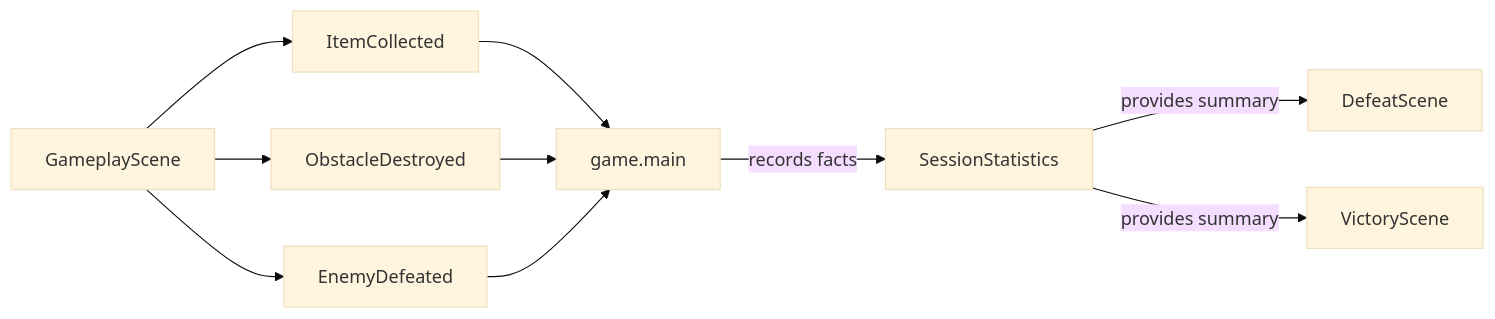
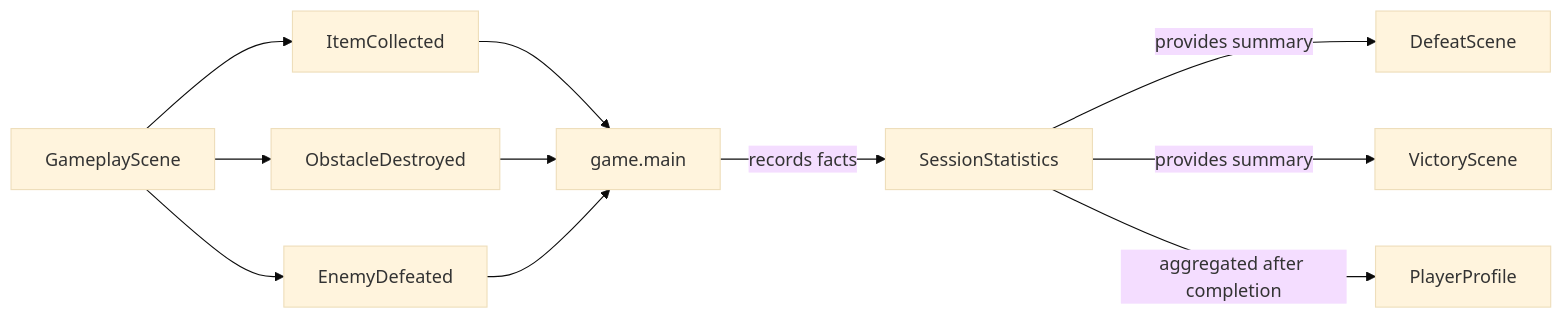
The diagram in docs/architecture/statistics.md (VincentMardon/my_first_adventure_game), drawn with Mermaid (base theme) before and after one commit. The commit also changed other lines of this file and 21 other files, not shown here.

Commit message:
feat(profile): persist player statistics across sessions

````diff
--- a/docs/architecture/statistics.md
+++ b/docs/architecture/statistics.md
@@ -46,21 +47,23 @@
 ```mermaid
 flowchart LR
     GameplayScene["GameplayScene"]
     ItemCollected["ItemCollected"]
     ObstacleDestroyed["ObstacleDestroyed"]
     EnemyDefeated["EnemyDefeated"]
     GameMain["game.main"]
     SessionStatistics["SessionStatistics"]
     DefeatScene["DefeatScene"]
     VictoryScene["VictoryScene"]
+    PlayerProfile["PlayerProfile"]
 
     GameplayScene --> ItemCollected
     GameplayScene --> ObstacleDestroyed
     GameplayScene --> EnemyDefeated
     ItemCollected --> GameMain
     ObstacleDestroyed --> GameMain
     EnemyDefeated --> GameMain
     GameMain -->|"records facts"| SessionStatistics
     SessionStatistics -->|"provides summary"| DefeatScene
     SessionStatistics -->|"provides summary"| VictoryScene
+    SessionStatistics -->|"aggregated after completion"| PlayerProfile
 ```
````
